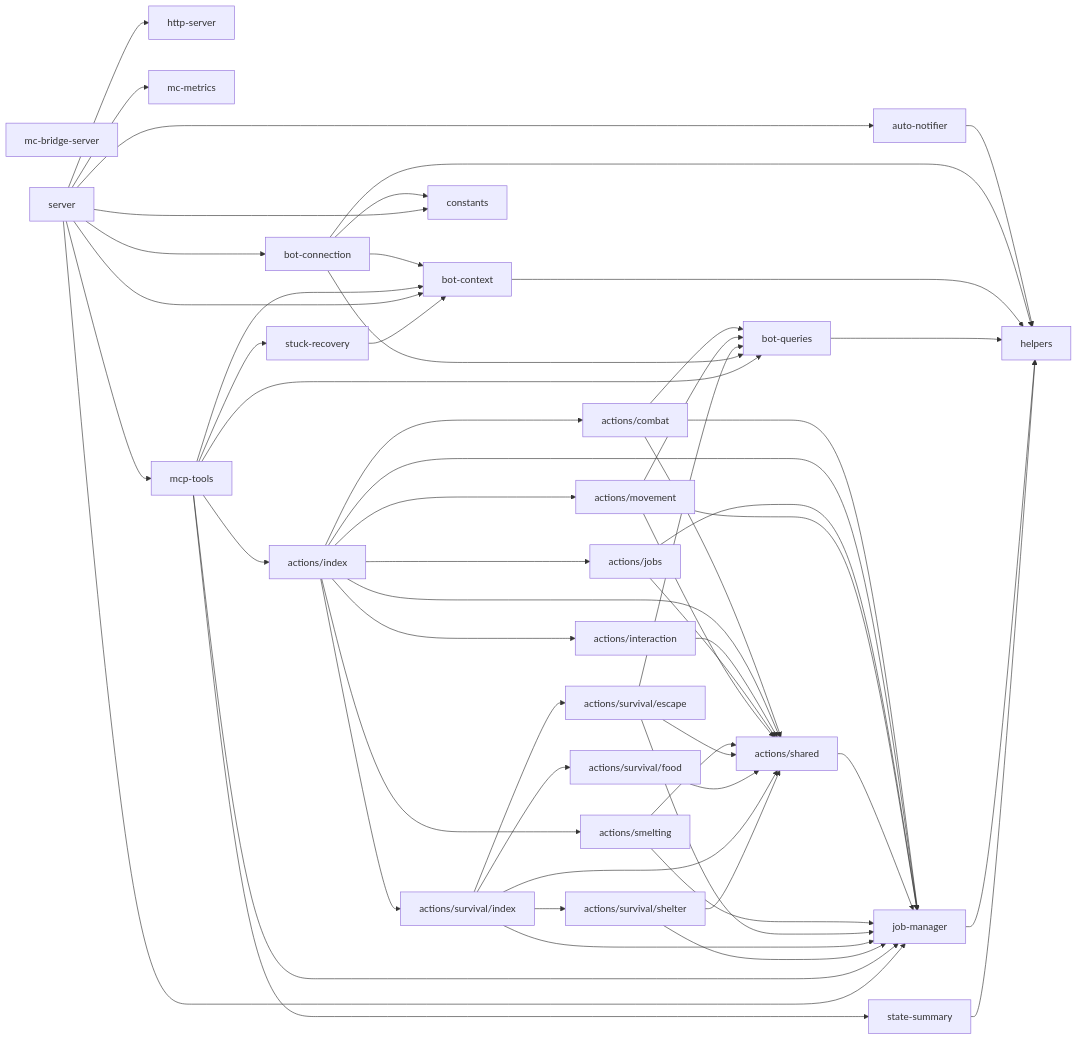
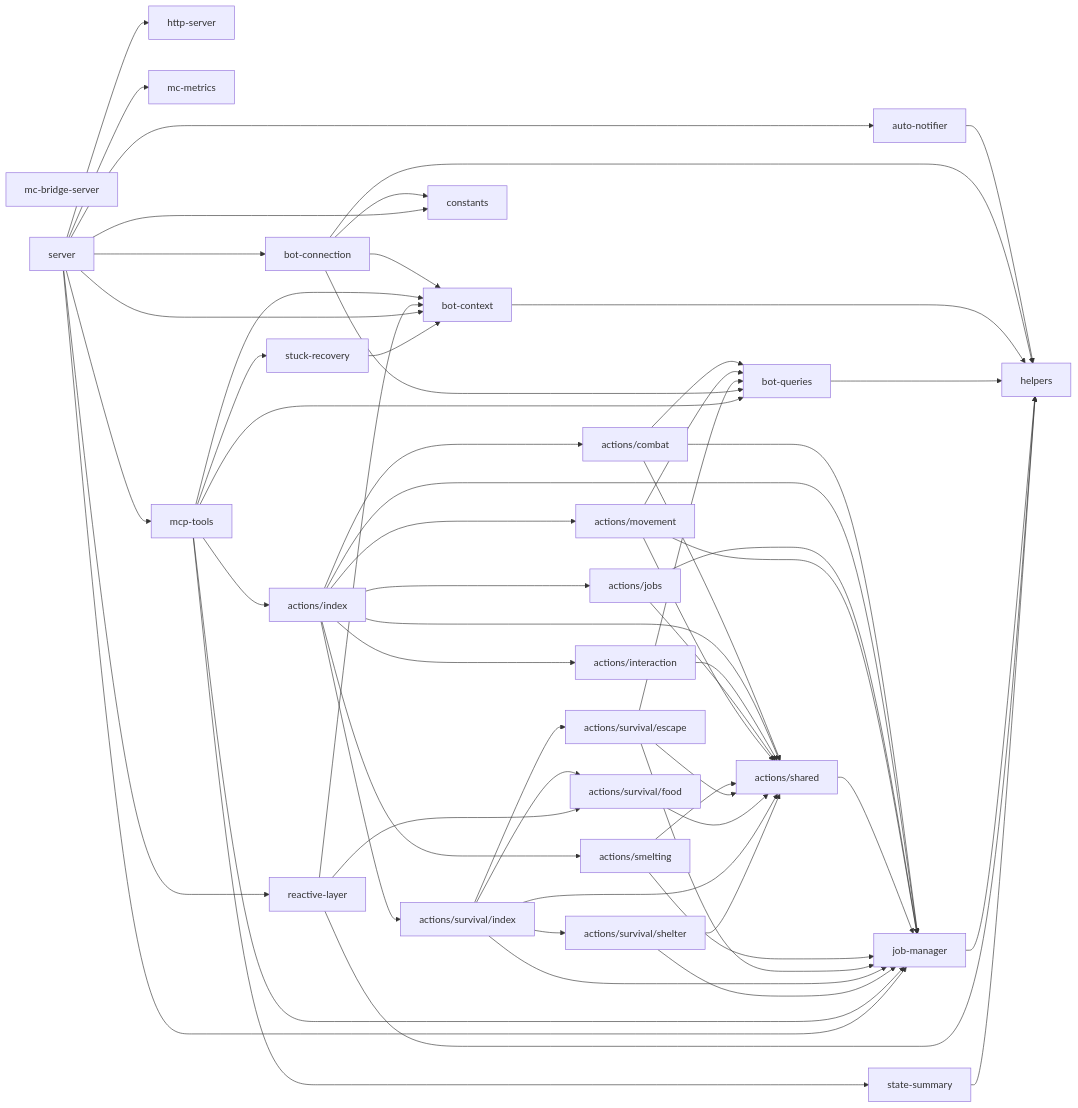
One commit to OJII3/vicissitude changed the diagram in packages/minecraft/DEPS.md. Above: the diagram before and after it, drawn with Mermaid. The commit also changed other lines of this file and 19 other files, not shown here.

First line of the commit message:
refactor: Minecraft エージェントに ReactiveLayer（反射層）を導入 (#429)

````diff
--- a/packages/minecraft/DEPS.md
+++ b/packages/minecraft/DEPS.md
@@ -7,63 +7,67 @@
 ```mermaid
 graph LR
   actions_combat["actions/combat"] --> actions_shared["actions/shared"]
   actions_combat["actions/combat"] --> bot_queries["bot-queries"]
   actions_combat["actions/combat"] --> job_manager["job-manager"]
   actions_index["actions/index"] --> actions_combat["actions/combat"]
   actions_index["actions/index"] --> actions_interaction["actions/interaction"]
   actions_index["actions/index"] --> actions_jobs["actions/jobs"]
   actions_index["actions/index"] --> actions_movement["actions/movement"]
   actions_index["actions/index"] --> actions_shared["actions/shared"]
   actions_index["actions/index"] --> actions_smelting["actions/smelting"]
   actions_index["actions/index"] --> actions_survival_index["actions/survival/index"]
   actions_index["actions/index"] --> job_manager["job-manager"]
   actions_interaction["actions/interaction"] --> actions_shared["actions/shared"]
   actions_jobs["actions/jobs"] --> actions_shared["actions/shared"]
   actions_jobs["actions/jobs"] --> job_manager["job-manager"]
   actions_movement["actions/movement"] --> actions_shared["actions/shared"]
   actions_movement["actions/movement"] --> bot_queries["bot-queries"]
   actions_movement["actions/movement"] --> job_manager["job-manager"]
   actions_shared["actions/shared"] --> job_manager["job-manager"]
   actions_smelting["actions/smelting"] --> actions_shared["actions/shared"]
   actions_smelting["actions/smelting"] --> job_manager["job-manager"]
   actions_survival_escape["actions/survival/escape"] --> actions_shared["actions/shared"]
   actions_survival_escape["actions/survival/escape"] --> bot_queries["bot-queries"]
   actions_survival_escape["actions/survival/escape"] --> job_manager["job-manager"]
   actions_survival_food["actions/survival/food"] --> actions_shared["actions/shared"]
   actions_survival_index["actions/survival/index"] --> actions_shared["actions/shared"]
   actions_survival_index["actions/survival/index"] --> actions_survival_escape["actions/survival/escape"]
   actions_survival_index["actions/survival/index"] --> actions_survival_food["actions/survival/food"]
   actions_survival_index["actions/survival/index"] --> actions_survival_shelter["actions/survival/shelter"]
   actions_survival_index["actions/survival/index"] --> job_manager["job-manager"]
   actions_survival_shelter["actions/survival/shelter"] --> actions_shared["actions/shared"]
   actions_survival_shelter["actions/survival/shelter"] --> job_manager["job-manager"]
   auto_notifier["auto-notifier"] --> helpers
   bot_connection["bot-connection"] --> bot_context["bot-context"]
   bot_connection["bot-connection"] --> bot_queries["bot-queries"]
   bot_connection["bot-connection"] --> constants
   bot_connection["bot-connection"] --> helpers
   bot_context["bot-context"] --> helpers
   bot_queries["bot-queries"] --> helpers
   constants
   helpers
   http_server["http-server"]
   job_manager["job-manager"] --> helpers
   mc_bridge_server["mc-bridge-server"]
   mc_metrics["mc-metrics"]
   mcp_tools["mcp-tools"] --> actions_index["actions/index"]
   mcp_tools["mcp-tools"] --> bot_context["bot-context"]
   mcp_tools["mcp-tools"] --> bot_queries["bot-queries"]
   mcp_tools["mcp-tools"] --> job_manager["job-manager"]
   mcp_tools["mcp-tools"] --> state_summary["state-summary"]
   mcp_tools["mcp-tools"] --> stuck_recovery["stuck-recovery"]
+  reactive_layer["reactive-layer"] --> actions_survival_food["actions/survival/food"]
+  reactive_layer["reactive-layer"] --> bot_context["bot-context"]
+  reactive_layer["reactive-layer"] --> helpers
   server --> auto_notifier["auto-notifier"]
   server --> bot_connection["bot-connection"]
   server --> bot_context["bot-context"]
   server --> constants
   server --> http_server["http-server"]
   server --> job_manager["job-manager"]
   server --> mc_metrics["mc-metrics"]
   server --> mcp_tools["mcp-tools"]
+  server --> reactive_layer["reactive-layer"]
   state_summary["state-summary"] --> helpers
   stuck_recovery["stuck-recovery"] --> bot_context["bot-context"]
 ```
````
